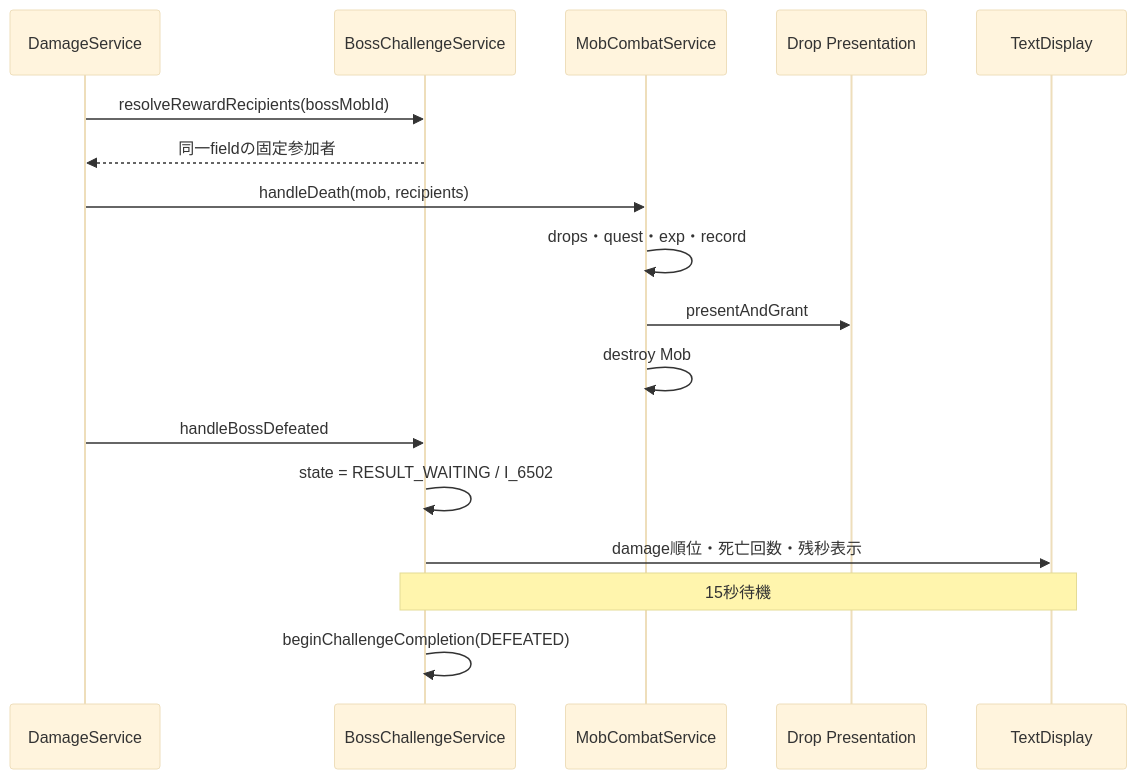
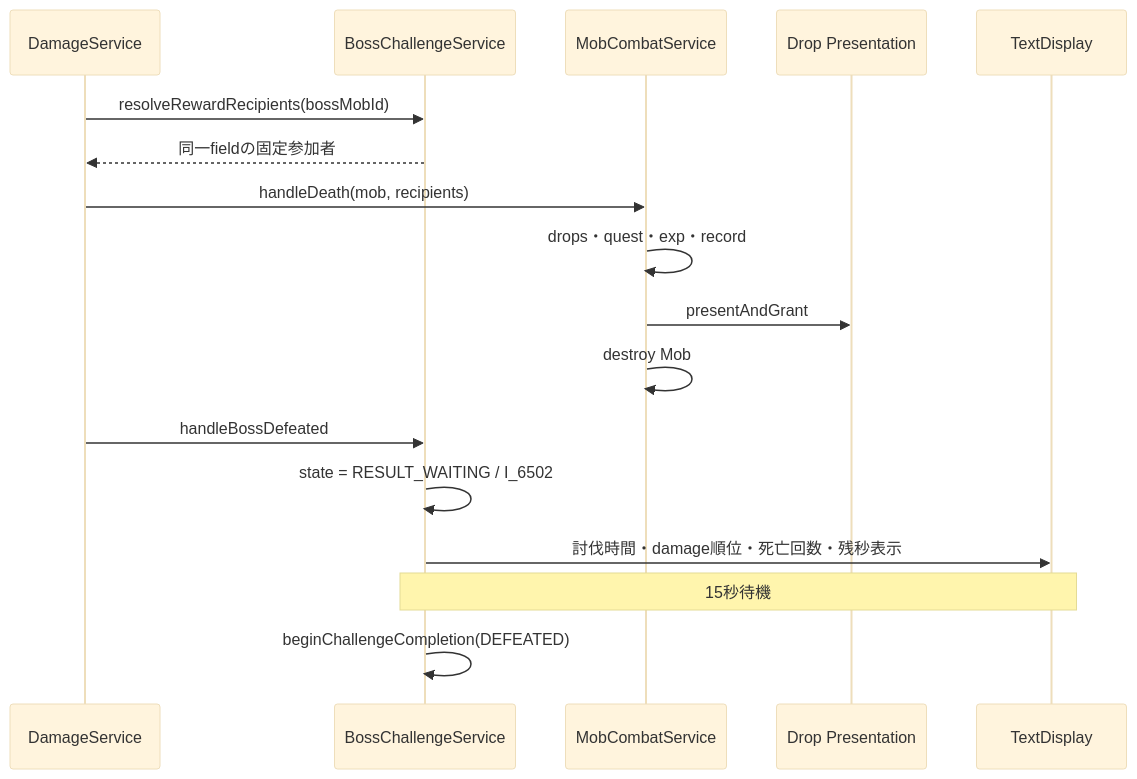
One commit to maaasu/AstralRecord-Workspace changed the fourth of 6 diagrams in 00_docs/10_Plugin設計書/feature/26-boss/26_4-統合フロー.md. Above: the diagram before and after it, drawn with Mermaid (base theme). The commit also changed other lines of this file and 7 other files, not shown here.

````diff
--- a/00_docs/10_Plugin設計書/feature/26-boss/26_4-統合フロー.md
+++ b/00_docs/10_Plugin設計書/feature/26-boss/26_4-統合フロー.md
@@ -147,20 +147,20 @@
 ```mermaid
 sequenceDiagram
     participant D as DamageService
     participant B as BossChallengeService
     participant MC as MobCombatService
     participant DP as Drop Presentation
     participant TD as TextDisplay
 
     D->>B: resolveRewardRecipients(bossMobId)
     B-->>D: 同一fieldの固定参加者
     D->>MC: handleDeath(mob, recipients)
     MC->>MC: drops・quest・exp・record
     MC->>DP: presentAndGrant
     MC->>MC: destroy Mob
     D->>B: handleBossDefeated
     B->>B: state = RESULT_WAITING / I_6502
-    B->>TD: damage順位・死亡回数・残秒表示
+    B->>TD: 討伐時間・damage順位・死亡回数・残秒表示
     Note over B,TD: 15秒待機
     B->>B: beginChallengeCompletion(DEFEATED)
 ```
````
